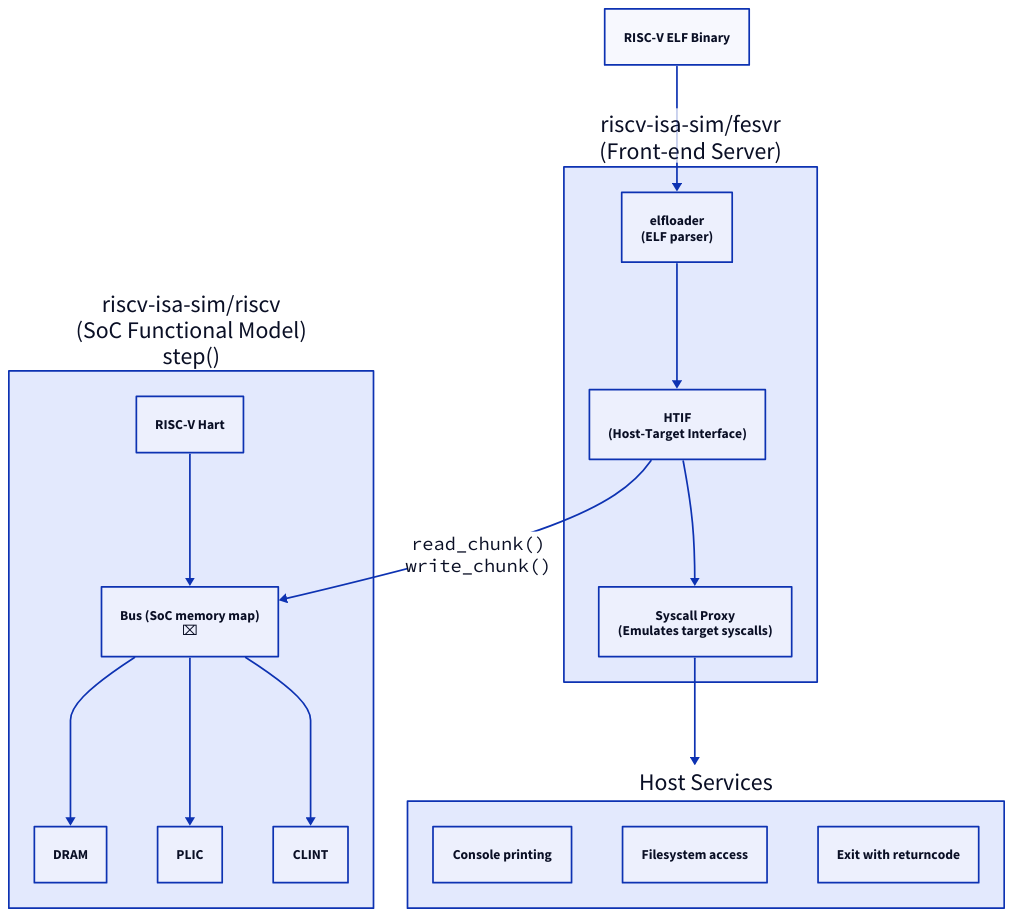
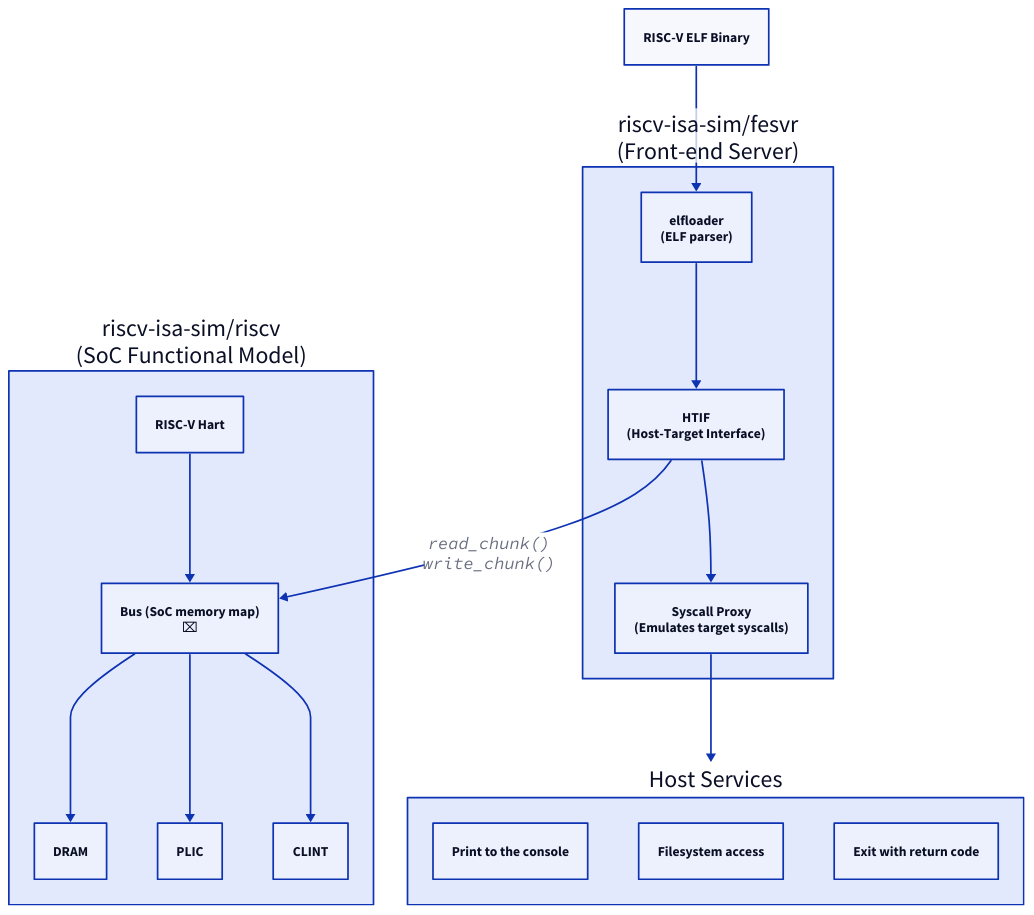
The diagram in content/research/comp-arch/figs/spike_fesvr_htif.d2 (vighneshiyer/vighneshiyer.com), drawn with D2 before and after one commit. The commit also changed 2 other files, not shown here.

```diff
--- a/content/research/comp-arch/figs/spike_fesvr_htif.d2
+++ b/content/research/comp-arch/figs/spike_fesvr_htif.d2
@@ -1,71 +1,70 @@
 elf: {
   label: "RISC-V ELF Binary"
 }
 
 host_syscall: {
     label: "Host Services"
     console: {
-      label: "Console printing"
+      label: "Print to the console"
     }
     fs: {
       label: "Filesystem access"
     }
     exit: {
-      label: "Exit with returncode"
+      label: "Exit with return code"
     }
 }
 
 fesvr: {
   label: "riscv-isa-sim/fesvr\n(Front-end Server)"
   htif: {
     label: "HTIF\n(Host-Target Interface)"
   }
   elfloader: {
     label: "elfloader\n(ELF parser)"
   }
   syscall_proxy: {
     label: "Syscall Proxy\n(Emulates target syscalls)"
   }
 }
 
 soc: {
-  label: "riscv-isa-sim/riscv\n(SoC Functional Model)\nstep()"
+  label: "riscv-isa-sim/riscv\n(SoC Functional Model)"
   hart: {
       label: "RISC-V Hart"
   }
   bus: {
       label: "Bus (SoC memory map)\n⌧"
   }
   dram: {
       label: "DRAM"
   }
   plic: {
       label: "PLIC"
   }
   clint: {
       label: "CLINT"
   }
   #step: {
   #    label: "step()"
   #    style.font: mono
   #    style.italic: false
   #    #near: top
   #}
 }
 
 ELF -> fesvr.elfloader
 fesvr.elfloader -> fesvr.htif
 fesvr.htif -> fesvr.syscall_proxy
 fesvr.htif -> soc.bus: {
   label: "read_chunk()\nwrite_chunk()"
   style: {
-    font-size: 22
+    font-size: 20
     font: mono
-    italic: false
   }
 }
 fesvr.syscall_proxy -> host_syscall
 soc.hart -> soc.bus
 soc.bus -> soc.dram
 soc.bus -> soc.plic
 soc.bus -> soc.clint
```
